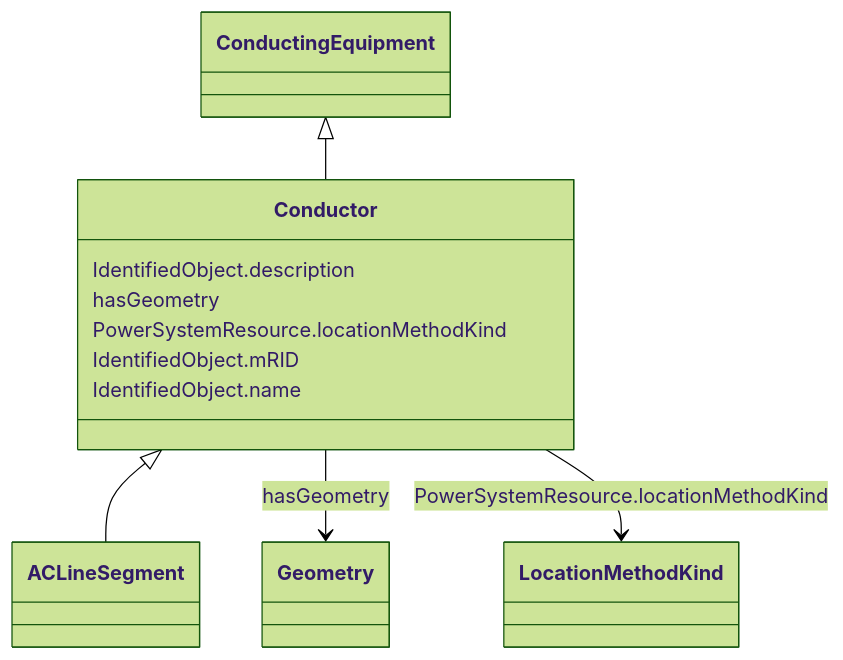
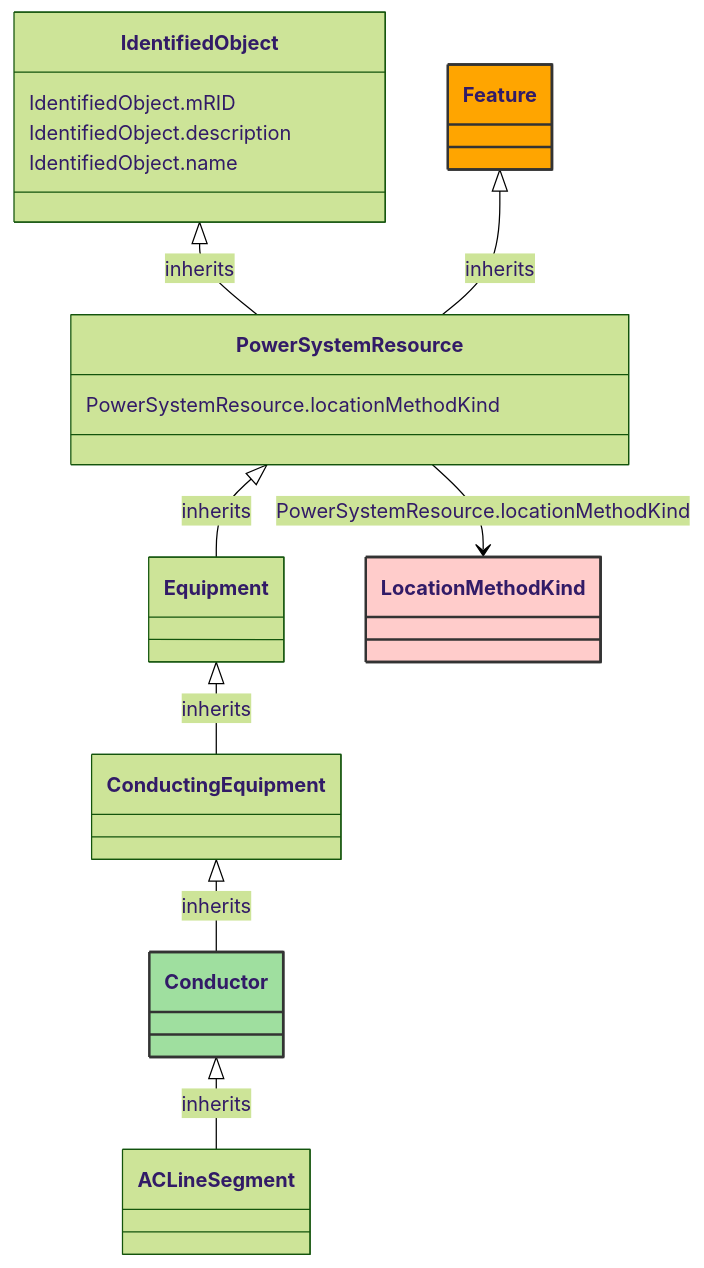
Before and after one commit to 3lbits/NoCIMExtensions: the diagram in docs/AviationObstacle/Conductor.md, drawn with Mermaid (forest theme). The commit also changed other lines of this file and 177 other files, not shown here.

````diff
--- a/docs/AviationObstacle/Conductor.md
+++ b/docs/AviationObstacle/Conductor.md
@@ -18,30 +10,46 @@
 ```mermaid
- classDiagram
+classDiagram
     class Conductor
-    click Conductor href "../Conductor"
-      ConductingEquipment <|-- Conductor
-        click ConductingEquipment href "../ConductingEquipment"
-      
+    click Conductor href "/AviationObstacle/Conductor/"
+    style Conductor fill:#9fdf9f,stroke:#333,stroke-width:2px,rx:10,ry:10
 
-      Conductor <|-- ACLineSegment
-        click ACLineSegment href "../ACLineSegment"
-      
-      
-      Conductor : IdentifiedObject.description
-        
-      Conductor : hasGeometry
-        
-          Conductor --> Geometry : hasGeometry
-          click Geometry href "../Geometry"
-        
-      Conductor : PowerSystemResource.locationMethodKind
-        
-          Conductor --> LocationMethodKind : PowerSystemResource.locationMethodKind
-          click LocationMethodKind href "../LocationMethodKind"
-        
-      Conductor : IdentifiedObject.mRID
-        
-      Conductor : IdentifiedObject.name
-        
-      
+        Conductor <|-- ACLineSegment : inherits
+            click Conductor href "/AviationObstacle/Conductor/"
+            style Conductor rx:10,ry:10
+
+        ACLineSegment
+            click ACLineSegment href "/AviationObstacle/ACLineSegment/"
+            style ACLineSegment rx:10,ry:10
+
+        ConductingEquipment <|-- Conductor : inherits
+            click ConductingEquipment href "/AviationObstacle/ConductingEquipment/"
+            style ConductingEquipment rx:10,ry:10
+
+        Equipment <|-- ConductingEquipment : inherits
+            click Equipment href "/AviationObstacle/Equipment/"
+            style Equipment rx:10,ry:10
+
+        PowerSystemResource <|-- Equipment : inherits
+            click PowerSystemResource href "/AviationObstacle/PowerSystemResource/"
+            style PowerSystemResource rx:10,ry:10
+
+        IdentifiedObject <|-- PowerSystemResource : inherits
+            click IdentifiedObject href "/AviationObstacle/IdentifiedObject/"
+            style IdentifiedObject rx:10,ry:10
+
+        Feature <|-- PowerSystemResource : inherits
+            click Feature href "/AviationObstacle/Feature/"
+            style Feature fill:#FFA500,stroke:#333,stroke-width:2px,rx:10,ry:10
+
+
+        PowerSystemResource --> LocationMethodKind : PowerSystemResource.locationMethodKind
+
+        LocationMethodKind
+            click LocationMethodKind href "/AviationObstacle/LocationMethodKind/"
+            style LocationMethodKind fill:#FFCCCB,stroke:#333,stroke-width:2px,rx:10,ry:10
+
+        PowerSystemResource : PowerSystemResource.locationMethodKind
+        IdentifiedObject : IdentifiedObject.mRID
+        IdentifiedObject : IdentifiedObject.description
+        IdentifiedObject : IdentifiedObject.name
 ```
````
